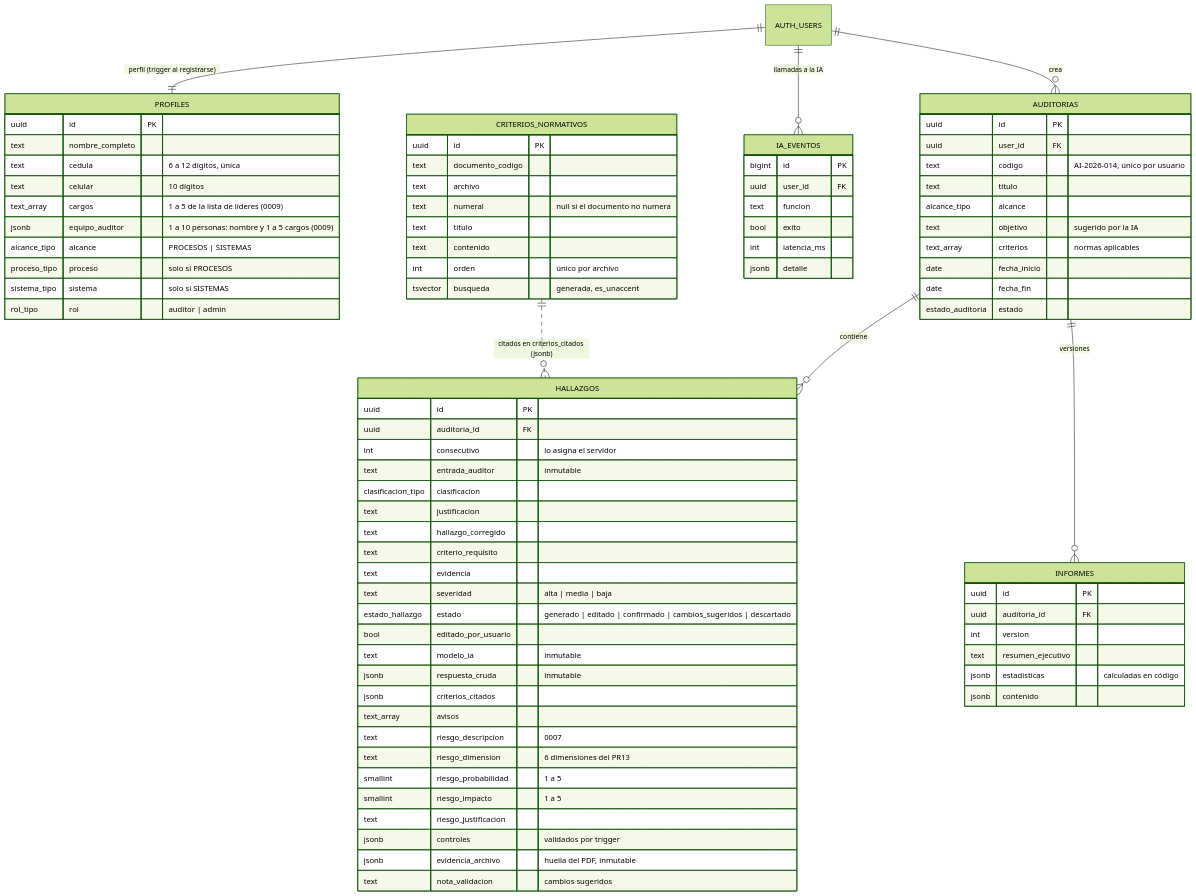
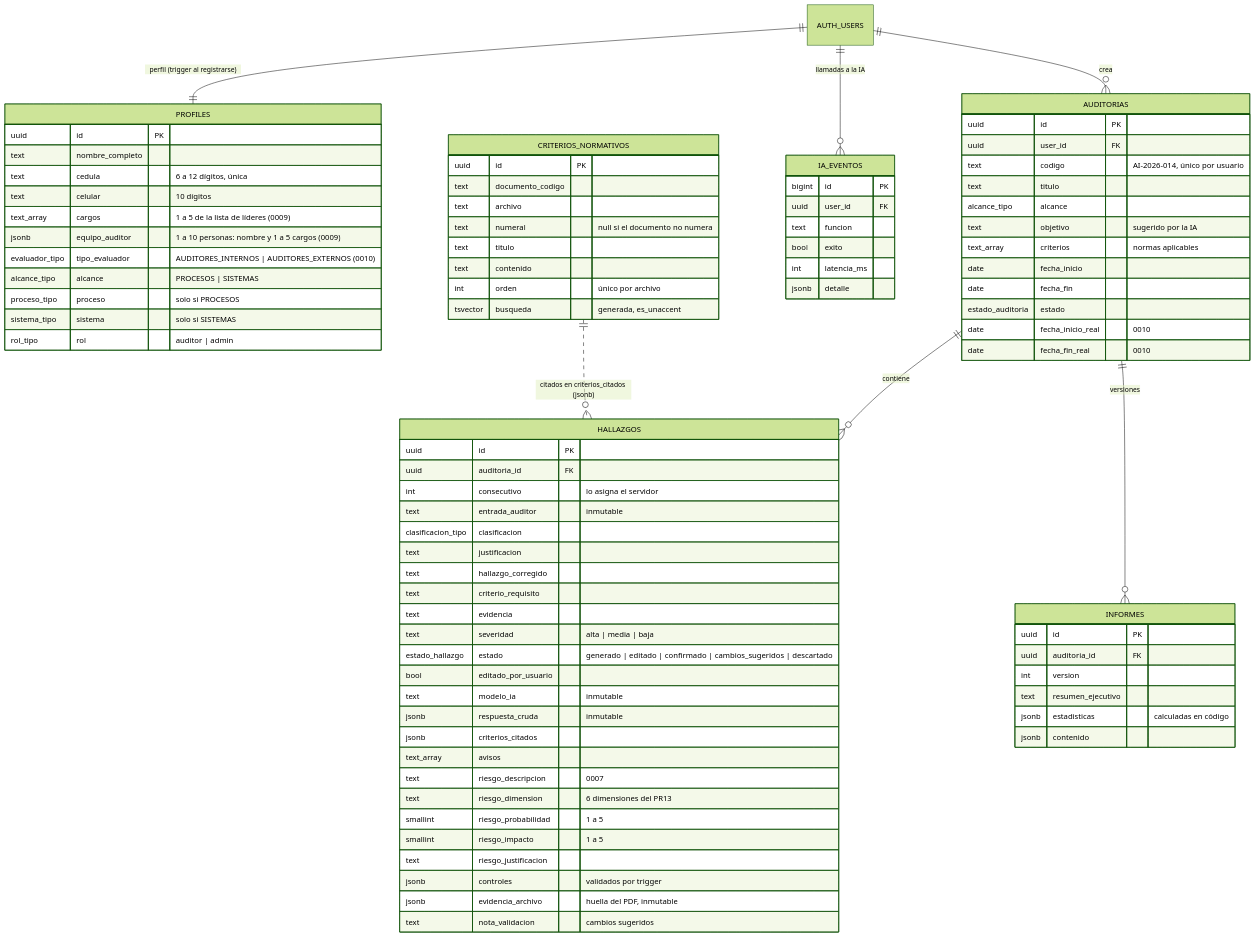
The diagram in docs/BASE_DE_DATOS.md (OscarNarvaez/pg_web_halla), drawn with Mermaid (forest theme) before and after one commit. The commit also changed other lines of this file and 45 other files, not shown here.

```diff
--- a/docs/BASE_DE_DATOS.md
+++ b/docs/BASE_DE_DATOS.md
@@ -32,6 +33,7 @@
     text celular "10 dígitos"
     text_array cargos "1 a 5 de la lista de líderes (0009)"
     jsonb equipo_auditor "1 a 10 personas: nombre y 1 a 5 cargos (0009)"
+    evaluador_tipo tipo_evaluador "AUDITORES_INTERNOS | AUDITORES_EXTERNOS (0010)"
     alcance_tipo alcance "PROCESOS | SISTEMAS"
     proceso_tipo proceso "solo si PROCESOS"
     sistema_tipo sistema "solo si SISTEMAS"
@@ -48,6 +50,8 @@
     date fecha_inicio
     date fecha_fin
     estado_auditoria estado
+    date fecha_inicio_real "0010"
+    date fecha_fin_real "0010"
   }
   HALLAZGOS {
     uuid id PK
```
